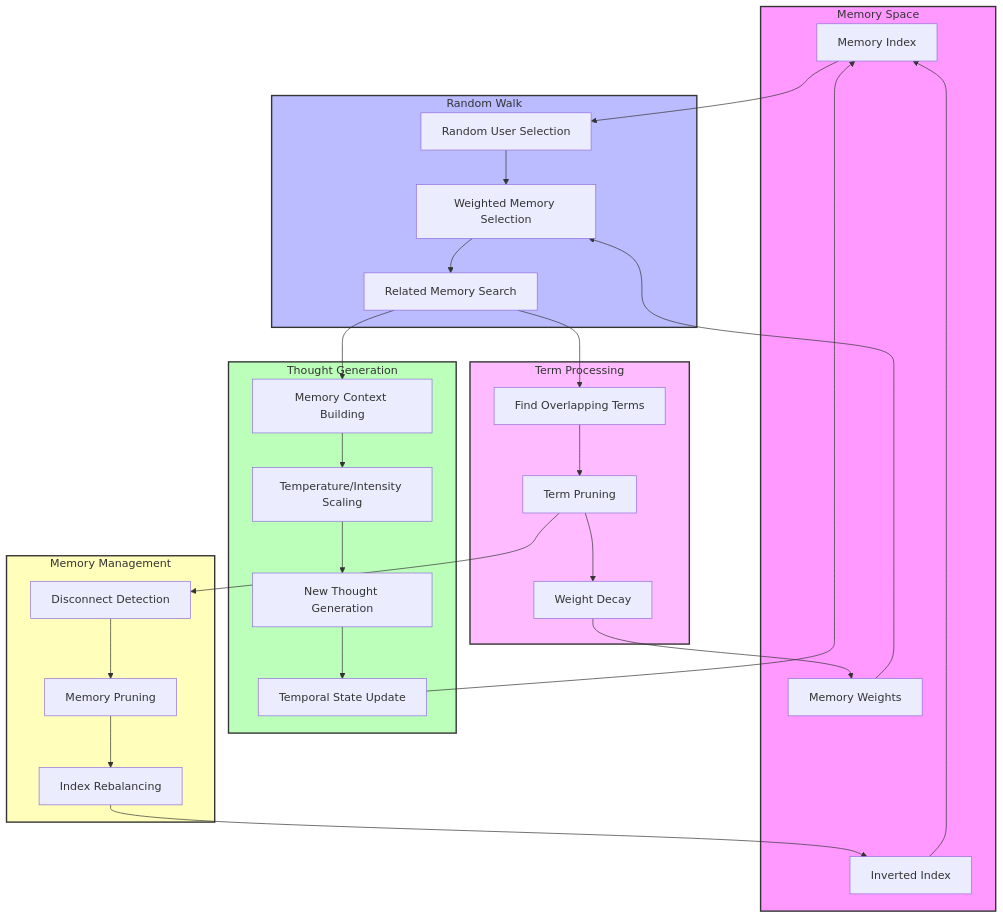
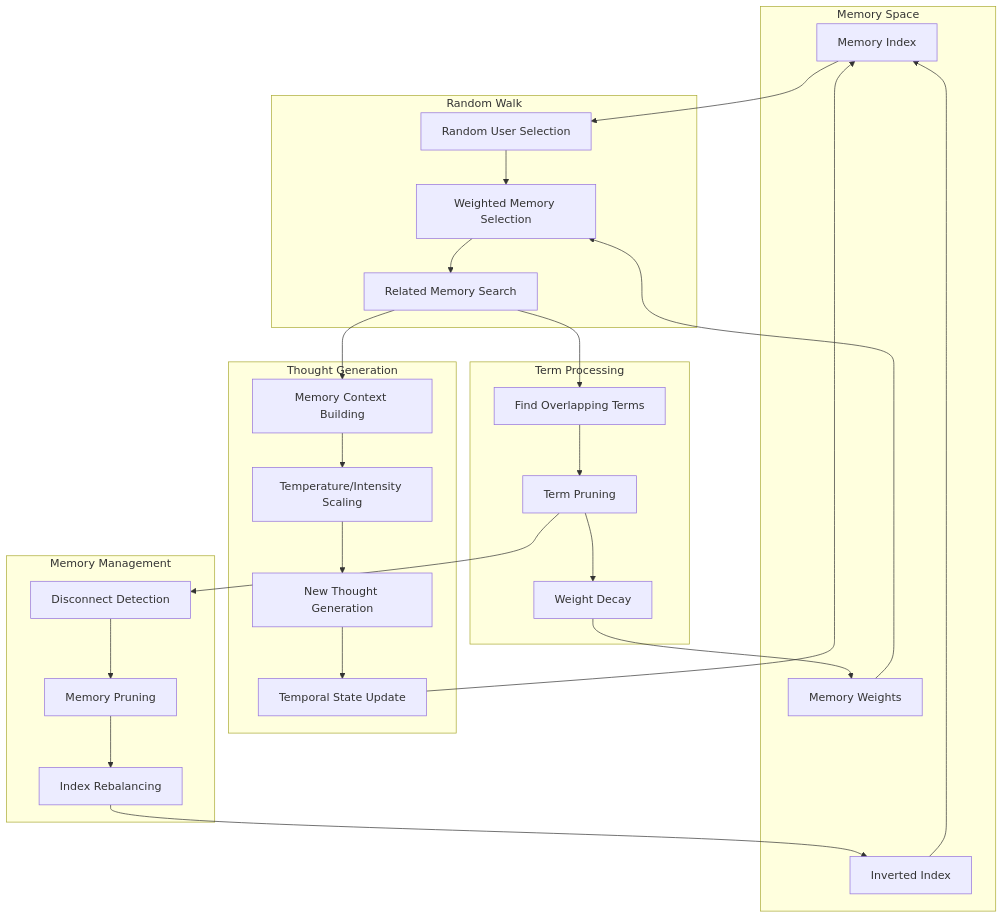
One commit to EveryOneIsGross/defaultmodeAGENT changed the diagram in docs/default_mode/readme.md. Above: the diagram before and after it, drawn with Mermaid. The commit also changed other lines of this file and 15 other files, not shown here.

````diff
--- a/docs/default_mode/readme.md
+++ b/docs/default_mode/readme.md
@@ -4,61 +4,56 @@
 ```mermaid
 flowchart TB
     subgraph Memory["Memory Space"]
         MI[Memory Index]
         II[Inverted Index]
         MW[Memory Weights]
     end
 
     subgraph Selection["Random Walk"]
         RS[Random User Selection]
         WS[Weighted Memory Selection]
         RM[Related Memory Search]
     end
 
     subgraph Processing["Term Processing"]
         OT[Find Overlapping Terms]
         TP[Term Pruning]
         WD[Weight Decay]
     end
 
     subgraph Generation["Thought Generation"]
         MC[Memory Context Building]
         TG[Temperature/Intensity Scaling]
         NT[New Thought Generation]
         TS[Temporal State Update]
     end
 
     subgraph Cleanup["Memory Management"]
         DC[Disconnect Detection]
         MP[Memory Pruning]
         IR[Index Rebalancing]
     end
 
     MI --> RS
     MW --> WS
     RS --> WS
     WS --> RM
     RM --> OT
     
     OT --> TP
     TP --> WD
     WD --> MW
     
     RM --> MC
     MC --> TG
     TG --> NT
     NT --> TS
     TS --> MI
     
     TP --> DC
     DC --> MP
     MP --> IR
     IR --> II
     II --> MI
 
-    style Memory fill:#f9f,stroke:#333,stroke-width:2px
-    style Selection fill:#bbf,stroke:#333,stroke-width:2px
-    style Processing fill:#fbf,stroke:#333,stroke-width:2px
-    style Generation fill:#bfb,stroke:#333,stroke-width:2px
-    style Cleanup fill:#ffb,stroke:#333,stroke-width:2px
 ```
````
